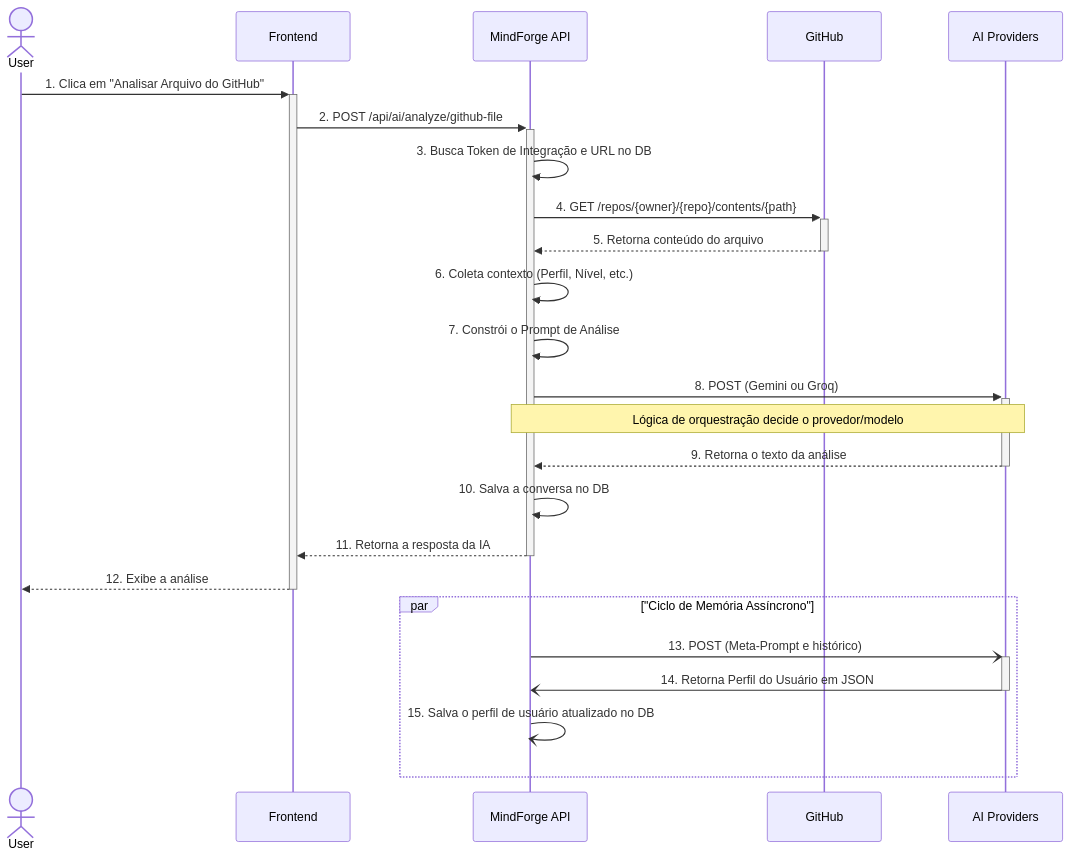
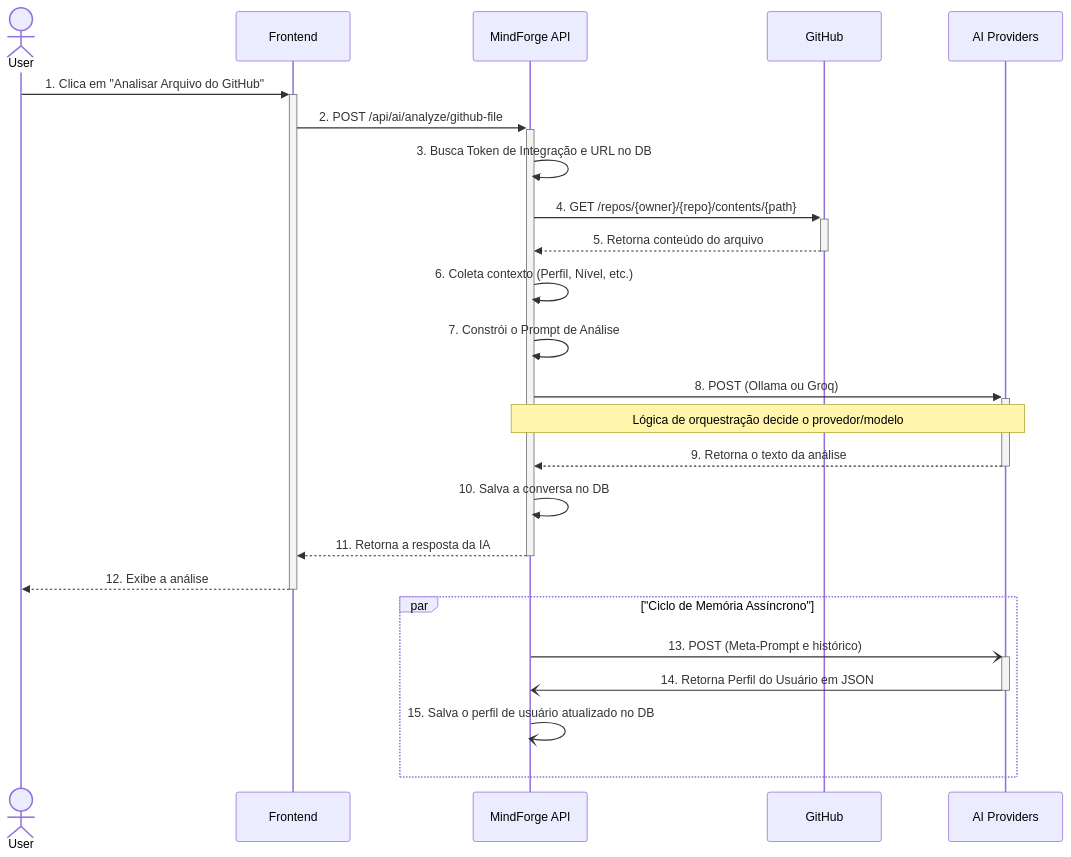
One commit to matheus05dev/mindforge-api changed the first of 5 diagrams in docs/TECHNICAL_ARCHITECTURE.md. Above: the diagram before and after it, drawn with Mermaid. The commit also changed other lines of this file and 6 other files, not shown here.

Commit message:
feat: Introduce core AI orchestration and memory services with Groq integration, alongside comprehensive API and architecture documentation.

````diff
--- a/docs/TECHNICAL_ARCHITECTURE.md
+++ b/docs/TECHNICAL_ARCHITECTURE.md
@@ -62,32 +65,32 @@
 ```mermaid
 sequenceDiagram
     actor User
     participant FE as Frontend
     participant API as MindForge API
     participant GitHub
     participant AIProviders as AI Providers
 
     User->>+FE: 1. Clica em "Analisar Arquivo do GitHub"
     FE->>+API: 2. POST /api/ai/analyze/github-file
     
     API->>API: 3. Busca Token de Integração e URL no DB
     API->>+GitHub: 4. GET /repos/{owner}/{repo}/contents/{path}
     GitHub-->>-API: 5. Retorna conteúdo do arquivo
     
     API->>API: 6. Coleta contexto (Perfil, Nível, etc.)
     API->>API: 7. Constrói o Prompt de Análise
     
-    API->>+AIProviders: 8. POST (Gemini ou Groq)
+    API->>+AIProviders: 8. POST (Ollama ou Groq)
     Note over API,AIProviders: Lógica de orquestração decide o provedor/modelo
     AIProviders-->>-API: 9. Retorna o texto da análise
     
     API->>API: 10. Salva a conversa no DB
     API-->>-FE: 11. Retorna a resposta da IA
     FE-->>-User: 12. Exibe a análise
 
     par "Ciclo de Memória Assíncrono"
         API-)+AIProviders: 13. POST (Meta-Prompt e histórico)
         AIProviders-)-API: 14. Retorna Perfil do Usuário em JSON
         API-)+API: 15. Salva o perfil de usuário atualizado no DB
     end
 ```
````
